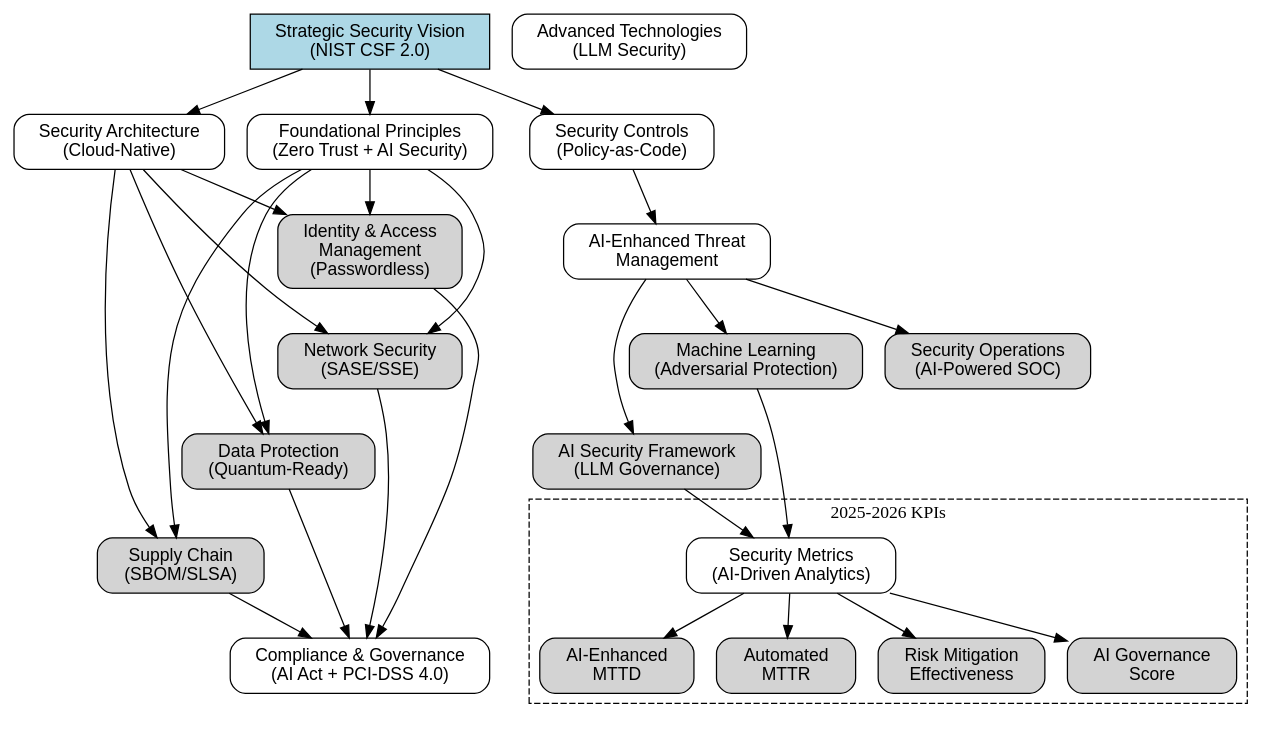
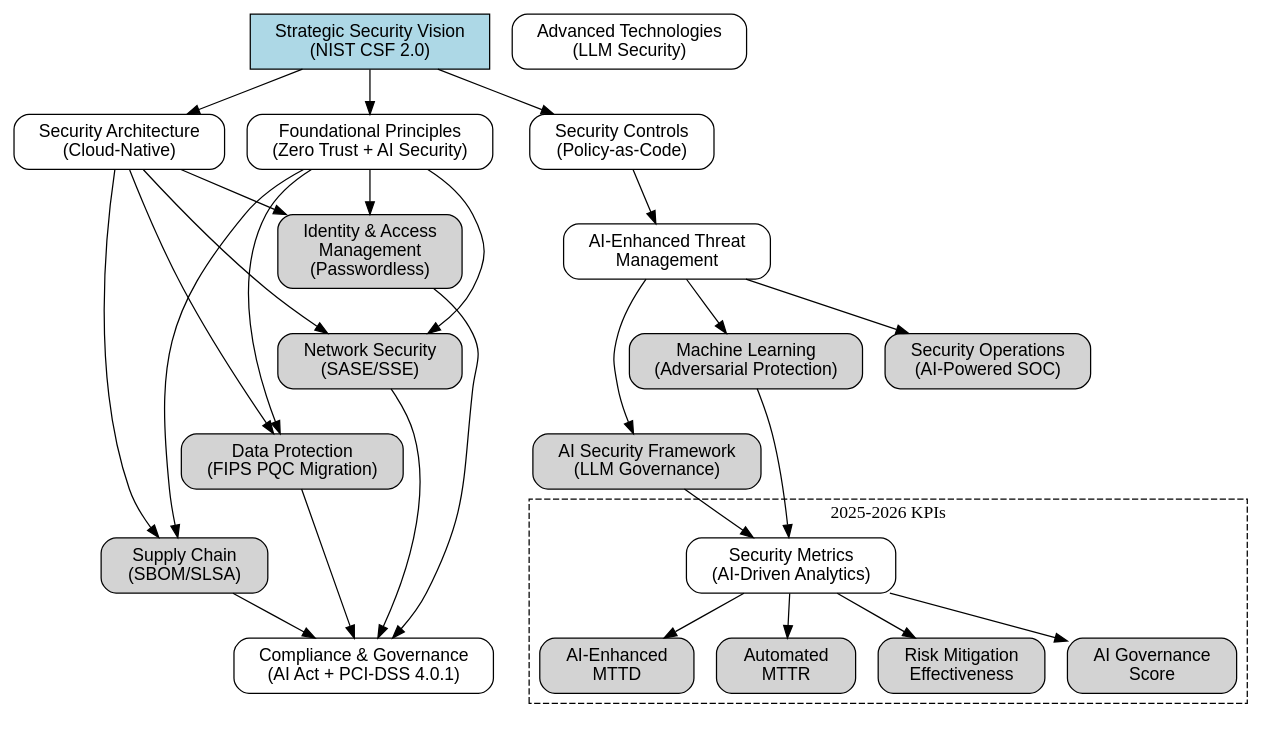
Before and after one commit to dbsectrainer/cloud-security-best-practices: the diagram in security_framework.dot, drawn with Graphviz. The commit also changed 18 other files, not shown here.

```diff
--- a/security_framework.dot
+++ b/security_framework.dot
@@ -1,50 +1,50 @@
 digraph SecurityFramework {
     rankdir=TB;
     node [shape=box, style=rounded, fontname="Arial", margin="0.3,0.1"];
     edge [fontname="Arial"];
 
     // Main Components (Updated for 2025-2026)
     Strategy [label="Strategic Security Vision\n(NIST CSF 2.0)", style=filled, fillcolor=lightblue];
     Principles [label="Foundational Principles\n(Zero Trust + AI Security)"];
     Architecture [label="Security Architecture\n(Cloud-Native)"];
     Controls [label="Security Controls\n(Policy-as-Code)"];
     ThreatMgmt [label="AI-Enhanced Threat\nManagement"];
     Tech [label="Advanced Technologies\n(LLM Security)"];
-    Compliance [label="Compliance & Governance\n(AI Act + PCI-DSS 4.0)"];
+    Compliance [label="Compliance & Governance\n(AI Act + PCI-DSS 4.0.1)"];
     Metrics [label="Security Metrics\n(AI-Driven Analytics)"];
-    
+
     // Enhanced Subcomponents for 2025-2026
     node [shape=box, style="rounded,filled", fillcolor=lightgrey];
     IAM [label="Identity & Access\nManagement\n(Passwordless)"];
     Network [label="Network Security\n(SASE/SSE)"];
-    Data [label="Data Protection\n(Quantum-Ready)"];
+    Data [label="Data Protection\n(FIPS PQC Migration)"];
     ML [label="Machine Learning\n(Adversarial Protection)"];
     AI [label="AI Security Framework\n(LLM Governance)"];
     SOC [label="Security Operations\n(AI-Powered SOC)"];
     Supply [label="Supply Chain\n(SBOM/SLSA)"];
-    
+
     // Relationships
     Strategy -> {Principles, Architecture, Controls} [dir=forward];
     Principles -> {IAM, Network, Data, Supply} [dir=forward];
     Architecture -> {IAM, Network, Data, Supply} [dir=forward];
     Controls -> ThreatMgmt [dir=forward];
     ThreatMgmt -> {SOC, ML, AI} [dir=forward];
     {ML, AI} -> Metrics [dir=forward];
     {IAM, Network, Data, Supply} -> Compliance [dir=forward];
-    
+
     // Enhanced Metrics Subgraph
     subgraph cluster_metrics {
         style=dashed;
         label="2025-2026 KPIs";
         MTTD [label="AI-Enhanced\nMTTD"];
         MTTR [label="Automated\nMTTR"];
         Risk [label="Risk Mitigation\nEffectiveness"];
         AIGov [label="AI Governance\nScore"];
         Metrics -> {MTTD, MTTR, Risk, AIGov} [dir=forward];
     }
 
     // Add invisible edges to improve layout
     edge [style=invis];
     IAM -> Network -> Data -> Supply;
     ML -> AI;
 }
```
